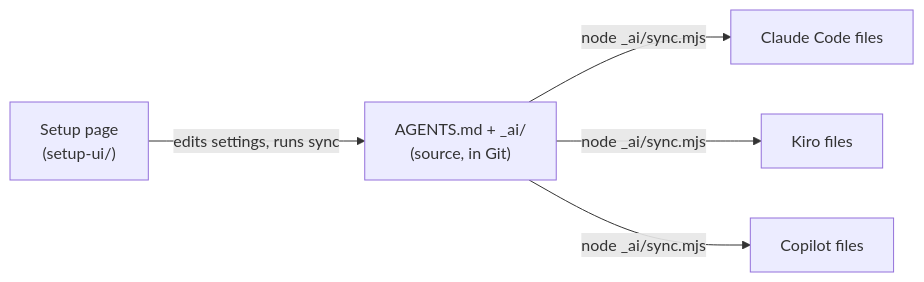
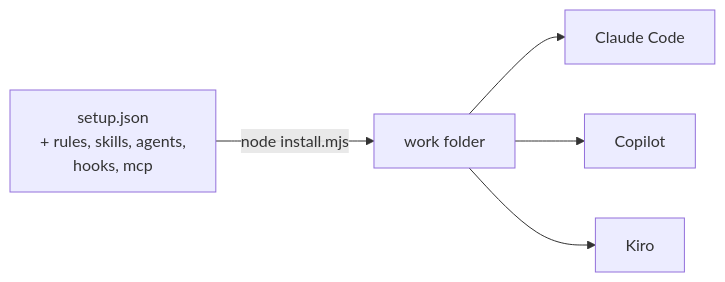
Before and after one commit to GociuRadu/AI-Setup: the diagram in README.md, drawn with Mermaid. The commit also changed other lines of this file and 230 other files, not shown here.

First line of the commit message:
New AI setup: one repo installs Claude Code, Copilot and Kiro

````diff
--- a/README.md
+++ b/README.md
@@ -5,7 +5,7 @@
 ```mermaid
 flowchart LR
-  S["AGENTS.md + _ai/<br/>(source, in Git)"] -->|node _ai/sync.mjs| C["Claude Code files"]
-  S -->|node _ai/sync.mjs| K["Kiro files"]
-  S -->|node _ai/sync.mjs| G["Copilot files"]
-  U["Setup page<br/>(setup-ui/)"] -->|edits settings, runs sync| S
+  S["setup.json<br/>+ rules, skills, agents,<br/>hooks, mcp"] -->|node install.mjs| W["work folder"]
+  W --> C["Claude Code"]
+  W --> G["Copilot"]
+  W --> K["Kiro"]
 ```
````
